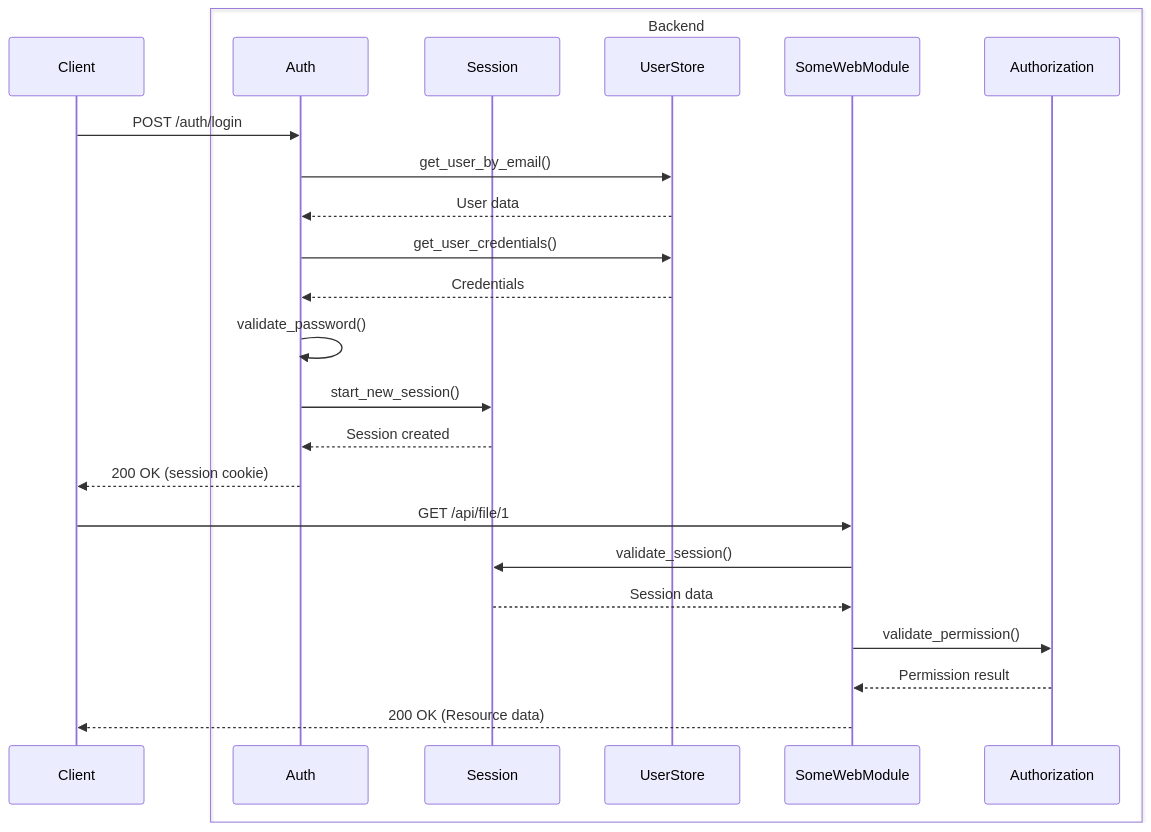
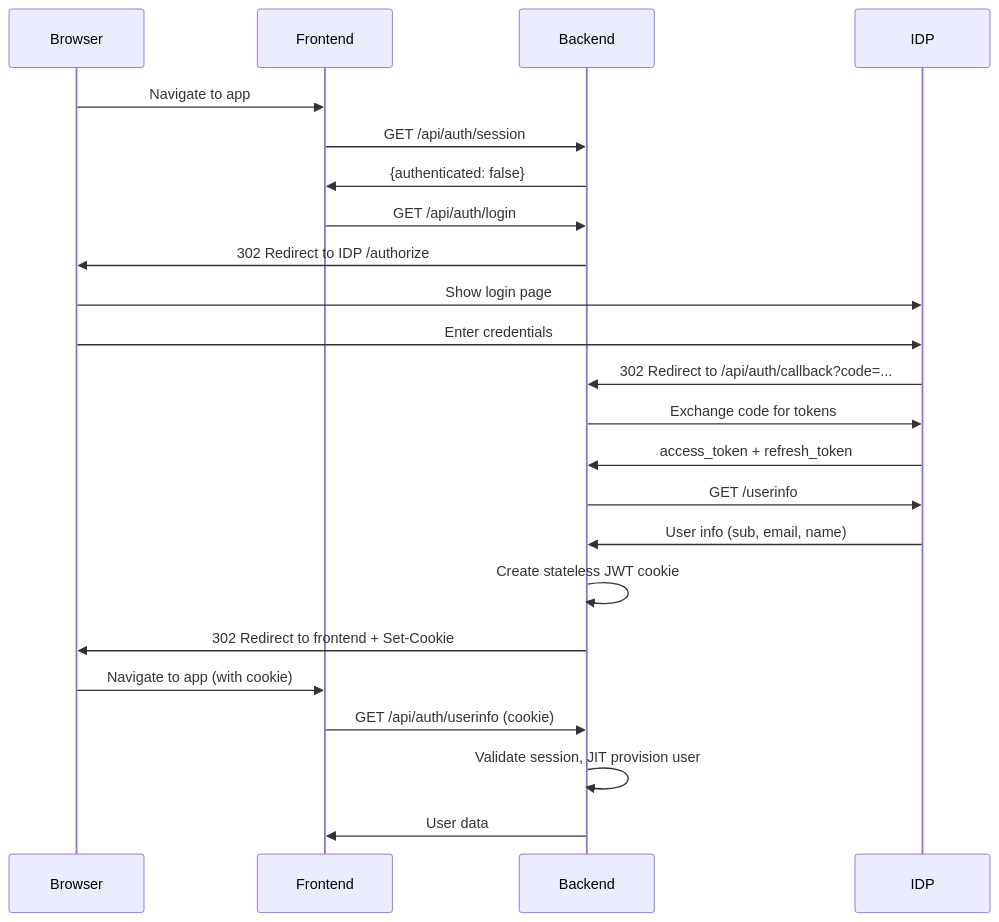
Before and after one commit to modAI-systems/modAI-chat: the second of 2 diagrams in backend/omni/docs/architecture/auth.md, drawn with Mermaid. The commit also changed other lines of this file and 42 other files, not shown here.

Commit message:
feat: oidc auth in backend

````diff
--- a/backend/omni/docs/architecture/auth.md
+++ b/backend/omni/docs/architecture/auth.md
@@ -335,28 +247,26 @@
 ```mermaid
 sequenceDiagram
-    participant Client
+    participant Browser
+    participant Frontend
+    participant Backend
+    participant IDP
 
-    box Backend
-    participant Auth
-    participant Session
-    participant UserStore
-    participant SomeWebModule
-    participant Authorization
-    end
-
-    Client->>Auth: POST /auth/login
-    Auth->>UserStore: get_user_by_email()
-    UserStore-->>Auth: User data
-    Auth->>UserStore: get_user_credentials()
-    UserStore-->>Auth: Credentials
-    Auth->>Auth: validate_password()
-    Auth->>Session: start_new_session()
-    Session-->>Auth: Session created
-    Auth-->>Client: 200 OK (session cookie)
-    Client->>SomeWebModule: GET /api/file/1
-    SomeWebModule->>Session: validate_session()
-    Session-->>SomeWebModule: Session data
-    SomeWebModule->>Authorization: validate_permission()
-    Authorization-->>SomeWebModule: Permission result
-    SomeWebModule-->>Client: 200 OK (Resource data)
+    Browser->>Frontend: Navigate to app
+    Frontend->>Backend: GET /api/auth/session
+    Backend->>Frontend: {authenticated: false}
+    Frontend->>Backend: GET /api/auth/login
+    Backend->>Browser: 302 Redirect to IDP /authorize
+    Browser->>IDP: Show login page
+    Browser->>IDP: Enter credentials
+    IDP->>Backend: 302 Redirect to /api/auth/callback?code=...
+    Backend->>IDP: Exchange code for tokens
+    IDP->>Backend: access_token + refresh_token
+    Backend->>IDP: GET /userinfo
+    IDP->>Backend: User info (sub, email, name)
+    Backend->>Backend: Create stateless JWT cookie
+    Backend->>Browser: 302 Redirect to frontend + Set-Cookie
+    Browser->>Frontend: Navigate to app (with cookie)
+    Frontend->>Backend: GET /api/auth/userinfo (cookie)
+    Backend->>Backend: Validate session, JIT provision user
+    Backend->>Frontend: User data
 ```
````
